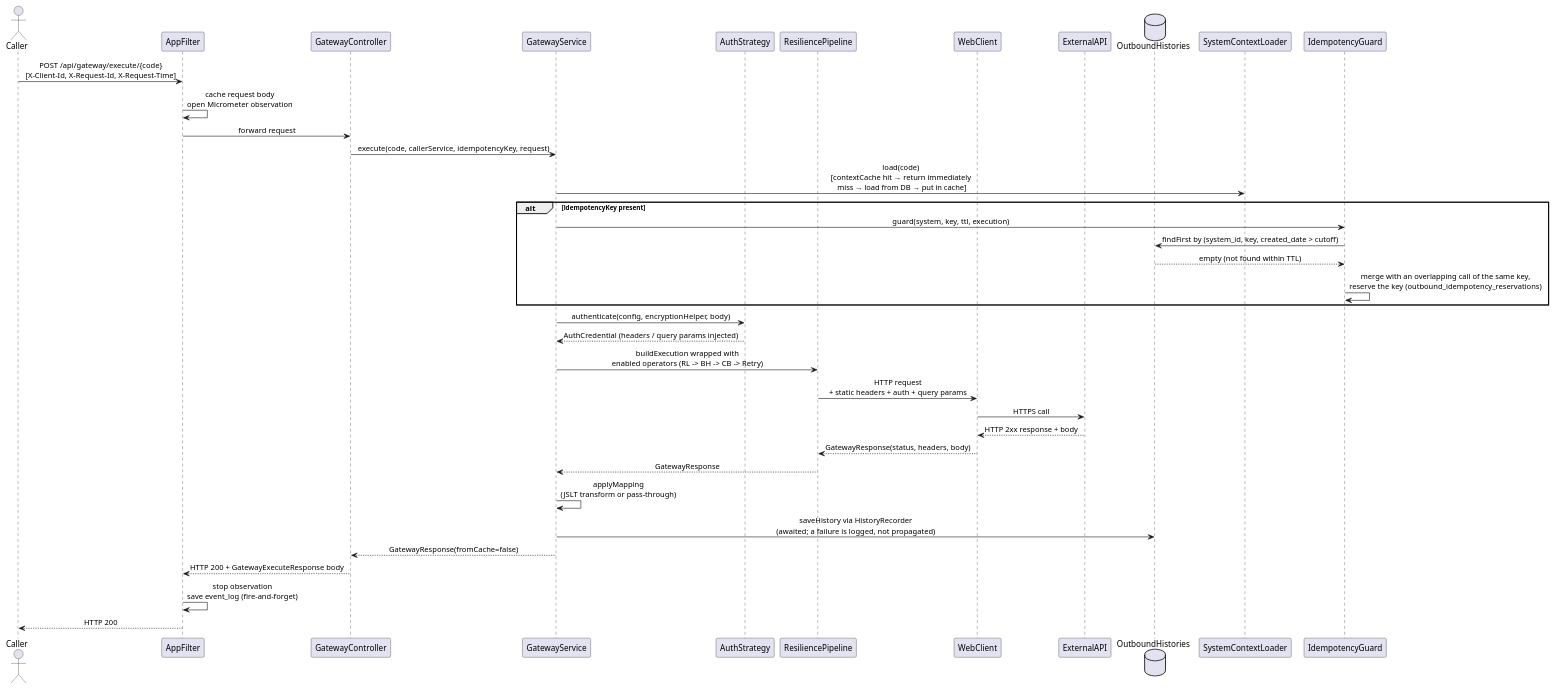
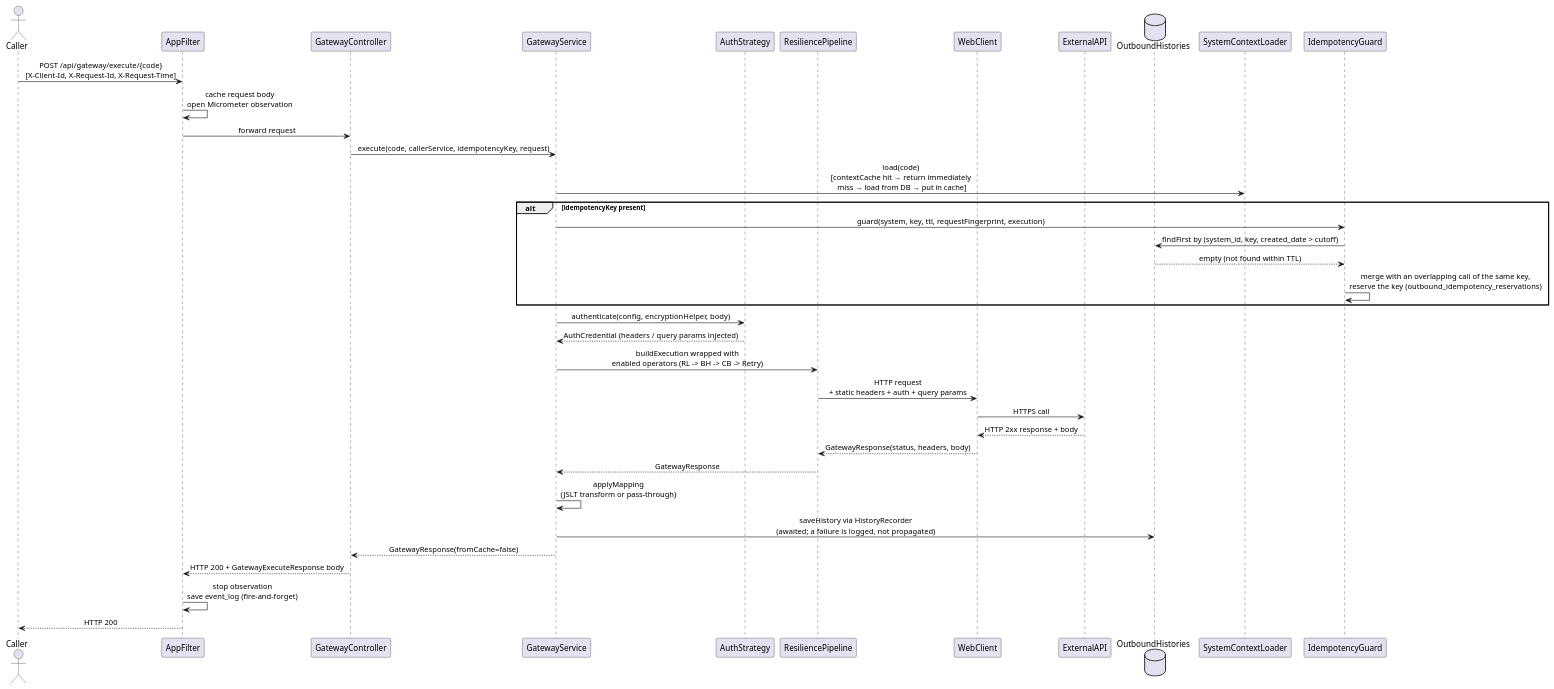
One commit to nantaaditya/outbound-gateway changed the second of 5 diagrams in README.md. Above: the diagram before and after it, drawn with PlantUML. The commit also changed other lines of this file, not shown here.

Commit message:
docs: document idempotency key rules and record the review fixes

````diff
--- a/README.md
+++ b/README.md
@@ -153,47 +153,47 @@
 ```plantuml
 @startuml
 skinparam sequenceMessageAlign center
 
 actor Caller
 participant AppFilter
 participant GatewayController
 participant GatewayService
 participant AuthStrategy
 participant ResiliencePipeline
 participant WebClient
 participant ExternalAPI
 database OutboundHistories
 
 Caller -> AppFilter : POST /api/gateway/execute/{code}\n[X-Client-Id, X-Request-Id, X-Request-Time]
 AppFilter -> AppFilter : cache request body\nopen Micrometer observation
 AppFilter -> GatewayController : forward request
 
 GatewayController -> GatewayService : execute(code, callerService, idempotencyKey, request)
 GatewayService -> SystemContextLoader : load(code)\n[contextCache hit → return immediately\n miss → load from DB → put in cache]
 
 alt idempotencyKey present
-  GatewayService -> IdempotencyGuard : guard(system, key, ttl, execution)
+  GatewayService -> IdempotencyGuard : guard(system, key, ttl, requestFingerprint, execution)
   IdempotencyGuard -> OutboundHistories : findFirst by (system_id, key, created_date > cutoff)
   OutboundHistories --> IdempotencyGuard : empty (not found within TTL)
   IdempotencyGuard -> IdempotencyGuard : merge with an overlapping call of the same key,\nreserve the key (outbound_idempotency_reservations)
 end
 
 GatewayService -> AuthStrategy : authenticate(config, encryptionHelper, body)
 AuthStrategy --> GatewayService : AuthCredential (headers / query params injected)
 
 GatewayService -> ResiliencePipeline : buildExecution wrapped with\nenabled operators (RL -> BH -> CB -> Retry)
 ResiliencePipeline -> WebClient : HTTP request\n+ static headers + auth + query params
 WebClient -> ExternalAPI : HTTPS call
 ExternalAPI --> WebClient : HTTP 2xx response + body
 WebClient --> ResiliencePipeline : GatewayResponse(status, headers, body)
 ResiliencePipeline --> GatewayService : GatewayResponse
 
 GatewayService -> GatewayService : applyMapping\n(JSLT transform or pass-through)
 GatewayService -> OutboundHistories : saveHistory via HistoryRecorder\n(awaited; a failure is logged, not propagated)
 GatewayService --> GatewayController : GatewayResponse(fromCache=false)
 
 GatewayController --> AppFilter : HTTP 200 + GatewayExecuteResponse body
 AppFilter -> AppFilter : stop observation\nsave event_log (fire-and-forget)
 AppFilter --> Caller : HTTP 200
 @enduml
 ```
````
